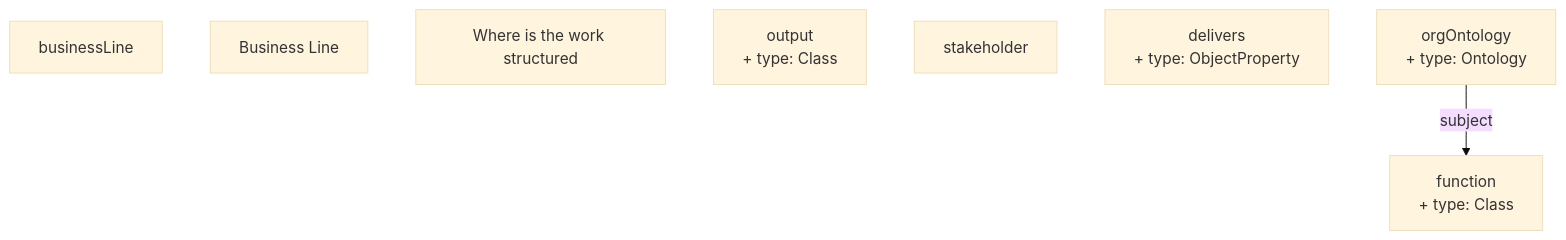
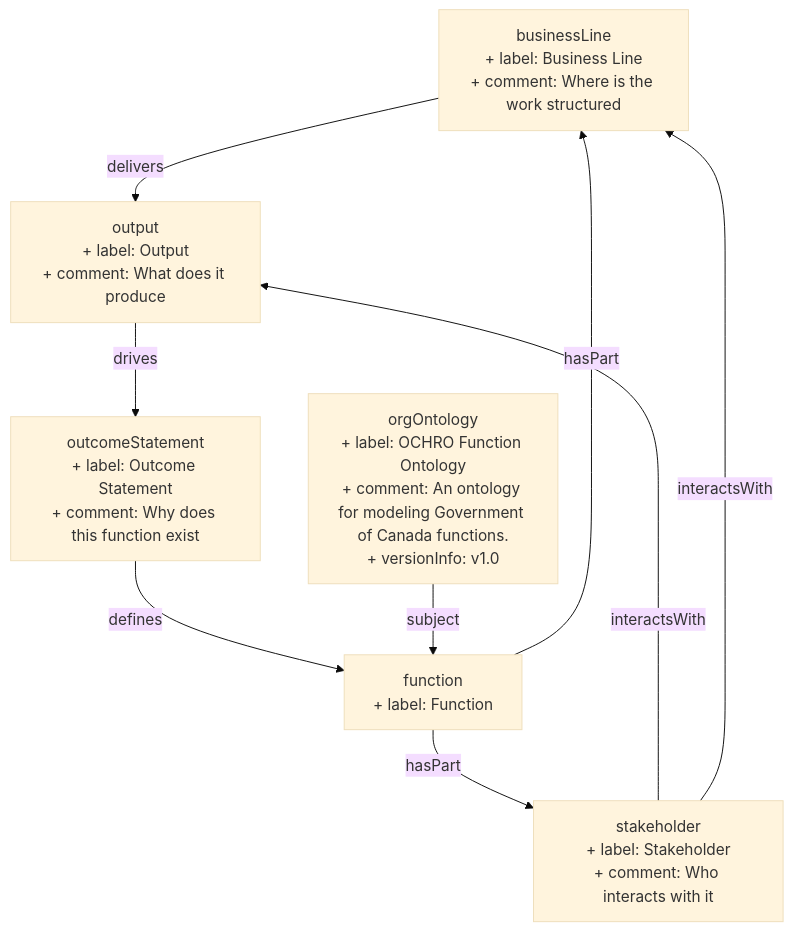
The diagram in content/businessLine.md (heidingaway/heidi2), drawn with Mermaid (base theme) before and after one commit. The commit also changed other lines of this file and 6 other files, not shown here.

````diff
--- a/content/businessLine.md
+++ b/content/businessLine.md
@@ -38,12 +39,17 @@
 ```mermaid
 graph TD
-  businessLine["businessLine"]
-  function["function<br>+ type: Class"]
-  Business_Line["Business Line"]
-  Where_is_the_work_structured["Where is the work structured"]
-  output["output<br>+ type: Class"]
-  stakeholder["stakeholder"]
-  delivers["delivers<br>+ type: ObjectProperty"]
-  orgOntology["orgOntology<br>+ type: Ontology"]
+  businessLine["businessLine<br>+ label: Business Line<br>+ comment: Where is the work structured"]:::current-page-node
+  output["output<br>+ label: Output<br>+ comment: What does it produce"]
+  stakeholder["stakeholder<br>+ label: Stakeholder<br>+ comment: Who interacts with it"]
+  function["function<br>+ label: Function"]
+  outcomeStatement["outcomeStatement<br>+ label: Outcome Statement<br>+ comment: Why does this function exist"]
+  orgOntology["orgOntology<br>+ label: OCHRO Function Ontology<br>+ comment: An ontology for modeling Government of Canada functions.<br>+ versionInfo: v1.0"]
+  function-->|" hasPart "|stakeholder
+  stakeholder-->|" interactsWith "|output
+  function-->|" hasPart "|businessLine
+  businessLine-->|" delivers "|output
+  outcomeStatement-->|" defines "|function
+  output-->|" drives "|outcomeStatement
+  stakeholder-->|" interactsWith "|businessLine
   orgOntology-->|" subject "|function
 ```
````
